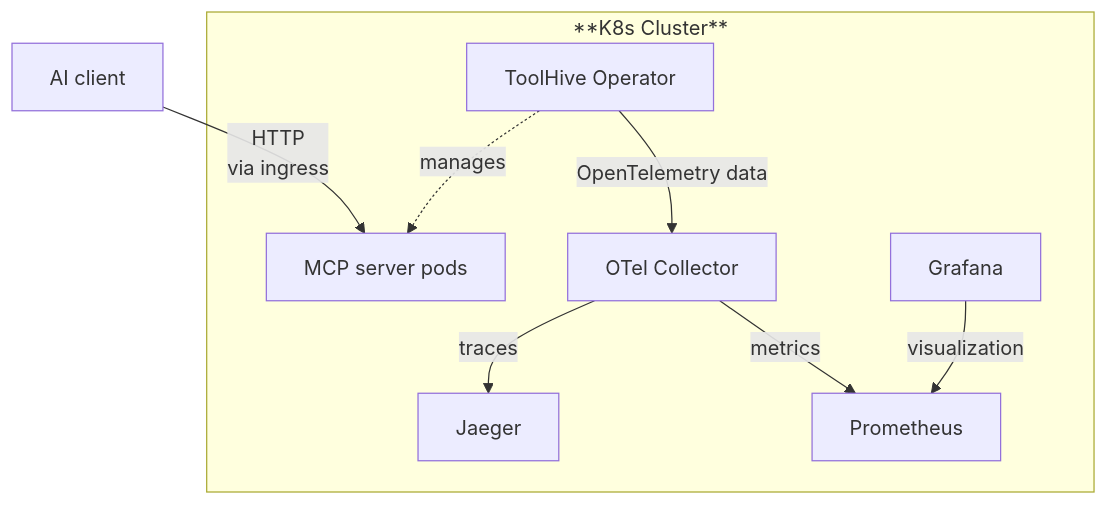
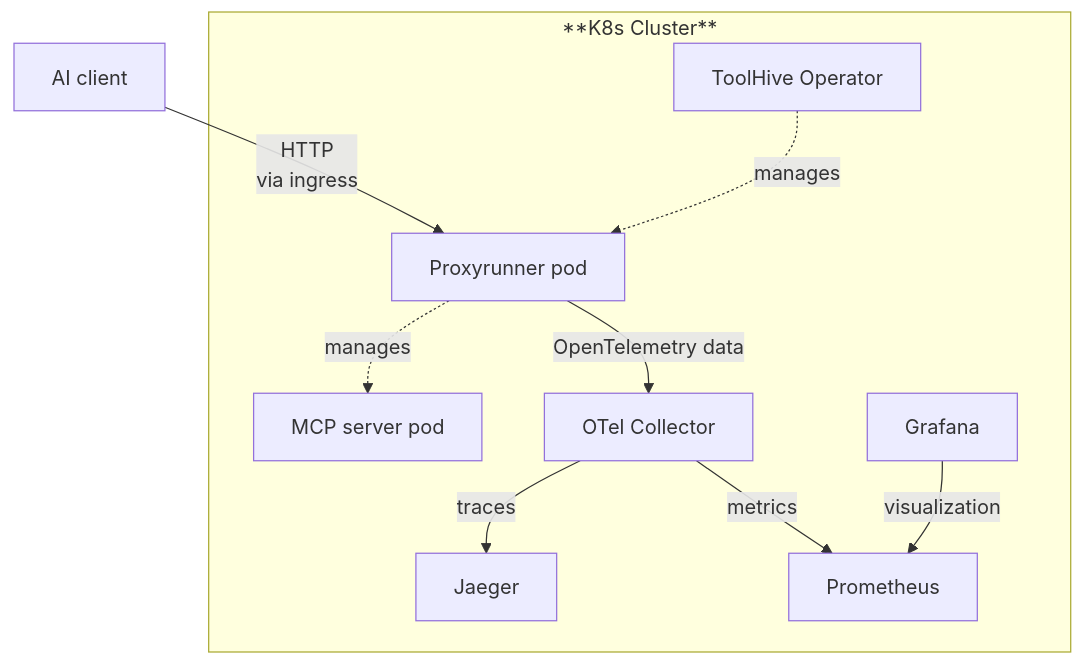
Before and after one commit to stacklok/docs-website: the second of 2 diagrams in docs/toolhive/tutorials/opentelemetry.mdx, drawn with Mermaid. The commit also changed other lines of this file, not shown here.

Commit message:
Fix typo and update diagrams

````diff
--- a/docs/toolhive/tutorials/opentelemetry.mdx
+++ b/docs/toolhive/tutorials/opentelemetry.mdx
@@ -148,19 +152,21 @@
 ```mermaid
 graph TB
     A[AI client]
-    THV[ToolHive Operator]
-    MCP[MCP server pods]
-    OTEL[OTel Collector]
-    J[Jaeger]
-    P[Prometheus]
-    G[Grafana]
+    subgraph K8s[**K8s Cluster**]
+      THV[ToolHive Operator]
+      Proxy[Proxyrunner pod]
+      MCP[MCP server pod]
+      OTEL[OTel Collector]
+      J[Jaeger]
+      P[Prometheus]
+      G[Grafana]
+    end
 
-    A -- HTTP<br>via ingress --> MCP
-    subgraph K8s[**K8s Cluster**]
-      THV -. manages .-> MCP
-      THV -- OpenTelemetry data --> OTEL
-      OTEL -- traces --> J
-      OTEL -- metrics --> P
-      G -- visualization --> P
-    end
+    A -- HTTP<br>via ingress --> Proxy
+    THV -. manages .-> Proxy
+    Proxy -. manages .-> MCP
+    Proxy -- OpenTelemetry data --> OTEL
+    OTEL -- traces --> J
+    OTEL -- metrics --> P
+    G -- visualization --> P
 ```
````
